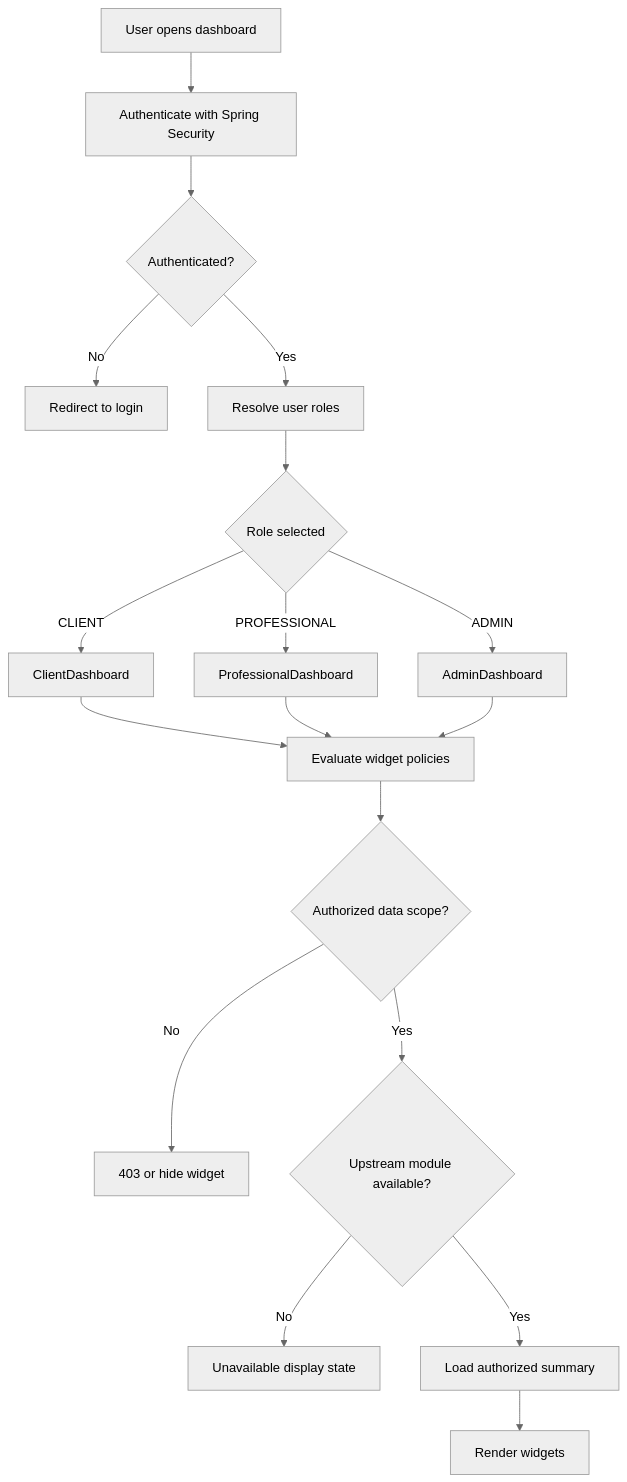
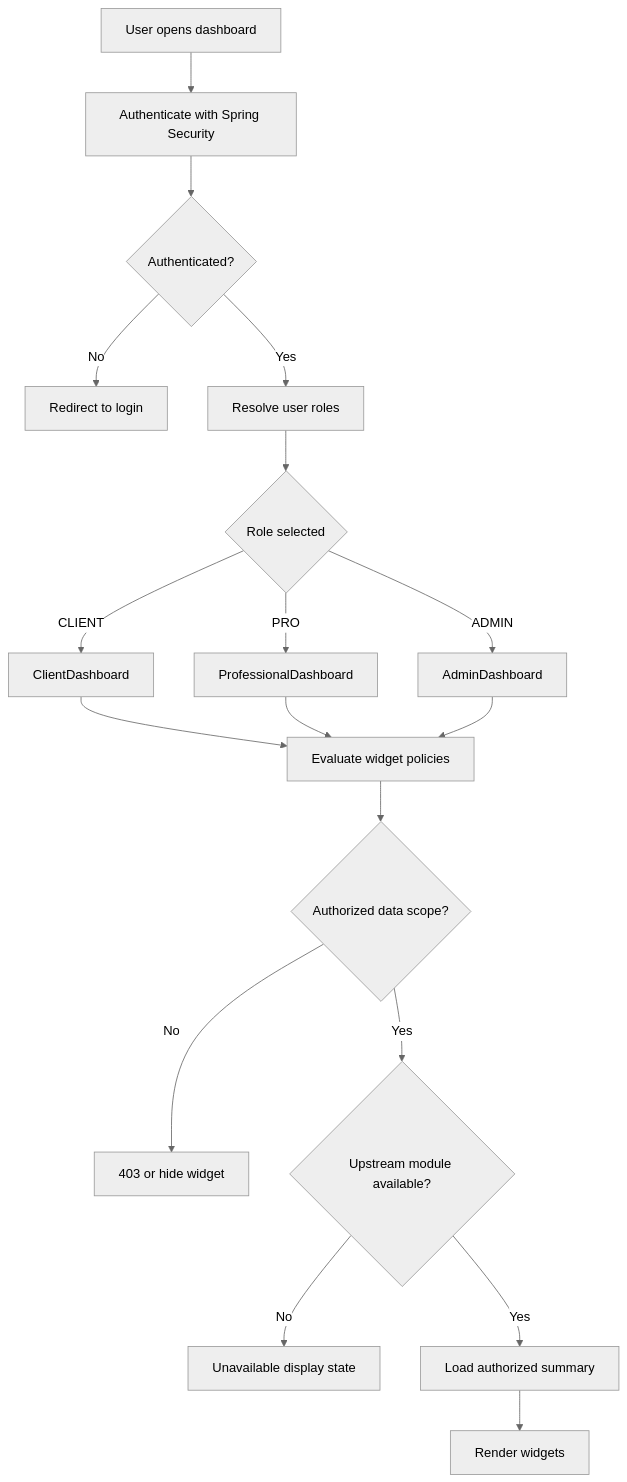
One commit to alextudorpufi/ingineria-programarii-2 changed the first of 4 diagrams in docs/runtime-flows.md. Above: the diagram before and after it, drawn with Mermaid (neutral theme). The commit also changed other lines of this file and 76 other files, not shown here.

````diff
--- a/docs/runtime-flows.md
+++ b/docs/runtime-flows.md
@@ -5,20 +5,20 @@
 ```mermaid
 flowchart TD
   A[User opens dashboard] --> B[Authenticate with Spring Security]
   B --> C{Authenticated?}
   C -->|No| L[Redirect to login]
   C -->|Yes| D[Resolve user roles]
   D --> E{Role selected}
   E -->|CLIENT| F[ClientDashboard]
-  E -->|PROFESSIONAL| G[ProfessionalDashboard]
+  E -->|PRO| G[ProfessionalDashboard]
   E -->|ADMIN| H[AdminDashboard]
   F --> I[Evaluate widget policies]
   G --> I
   H --> I
   I --> J{Authorized data scope?}
   J -->|No| X[403 or hide widget]
   J -->|Yes| K{Upstream module available?}
   K -->|No| M[Unavailable display state]
   K -->|Yes| N[Load authorized summary]
   N --> O[Render widgets]
 ```
````
